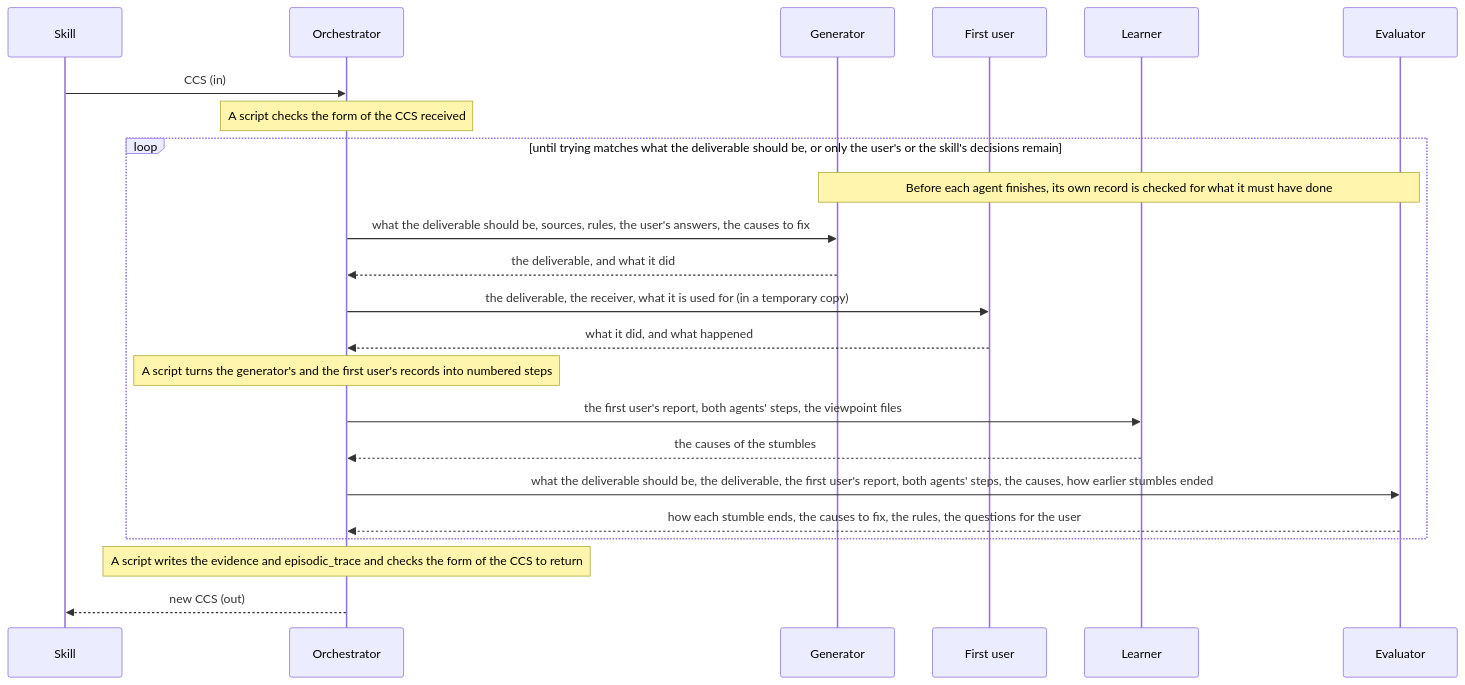
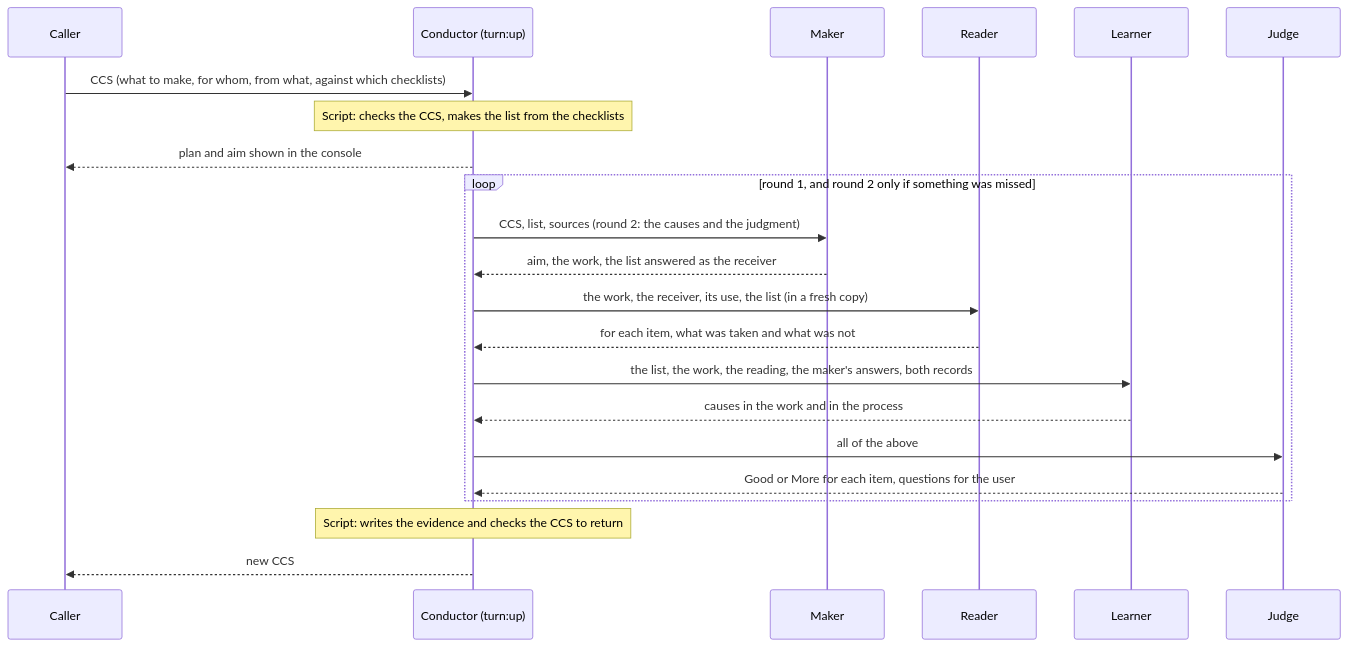
The diagram in dev/turn/design.md (lovaizu/ccpm), drawn with Mermaid before and after one commit. The commit also changed other lines of this file and 1 other file, not shown here.

First line of the commit message:
turn: README and design from nothing, on the checklists and the decisions that still hold

````diff
--- a/dev/turn/design.md
+++ b/dev/turn/design.md
@@ -39,25 +127,24 @@
 ```mermaid
 sequenceDiagram
-  participant S as Skill
-  participant O as Orchestrator
-  participant G as Generator
-  participant U as First user
+  participant C as Caller
+  participant O as Conductor (turn:up)
+  participant M as Maker
+  participant R as Reader
   participant L as Learner
-  participant E as Evaluator
-  S->>O: CCS (in)
-  Note over O: A script checks the form of the CCS received
-  loop until trying matches what the deliverable should be, or only the user's or the skill's decisions remain
-    Note over G,E: Before each agent finishes, its own record is checked for what it must have done
-    O->>G: what the deliverable should be, sources, rules, the user's answers, the causes to fix
-    G-->>O: the deliverable, and what it did
-    O->>U: the deliverable, the receiver, what it is used for (in a temporary copy)
-    U-->>O: what it did, and what happened
-    Note over O: A script turns the generator's and the first user's records into numbered steps
-    O->>L: the first user's report, both agents' steps, the viewpoint files
-    L-->>O: the causes of the stumbles
-    O->>E: what the deliverable should be, the deliverable, the first user's report, both agents' steps, the causes, how earlier stumbles ended
-    E-->>O: how each stumble ends, the causes to fix, the rules, the questions for the user
+  participant J as Judge
+  C->>O: CCS (what to make, for whom, from what, against which checklists)
+  Note over O: Script: checks the CCS, makes the list from the checklists
+  O-->>C: plan and aim shown in the console
+  loop round 1, and round 2 only if something was missed
+    O->>M: CCS, list, sources (round 2: the causes and the judgment)
+    M-->>O: aim, the work, the list answered as the receiver
+    O->>R: the work, the receiver, its use, the list (in a fresh copy)
+    R-->>O: for each item, what was taken and what was not
+    O->>L: the list, the work, the reading, the maker's answers, both records
+    L-->>O: causes in the work and in the process
+    O->>J: all of the above
+    J-->>O: Good or More for each item, questions for the user
   end
-  Note over O: A script writes the evidence and episodic_trace and checks the form of the CCS to return
-  O-->>S: new CCS (out)
+  Note over O: Script: writes the evidence and checks the CCS to return
+  O-->>C: new CCS
 ```
````
